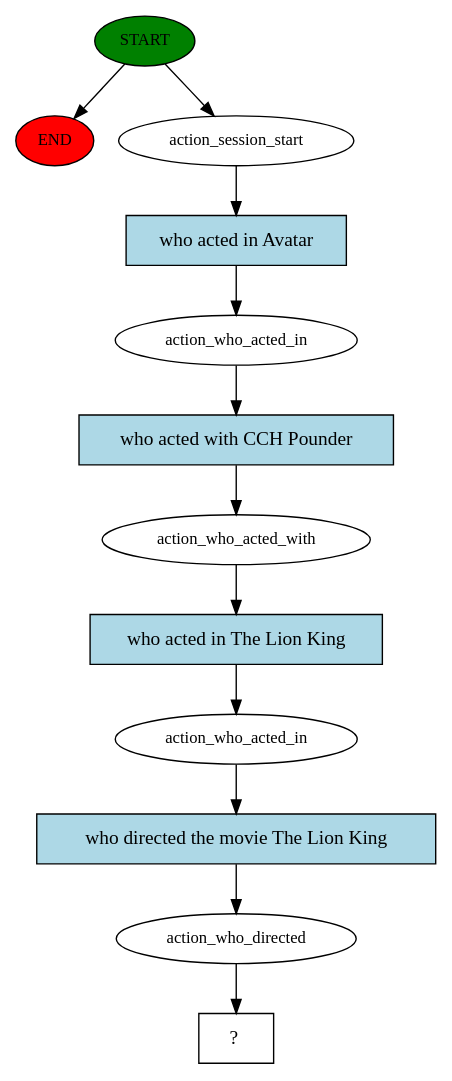
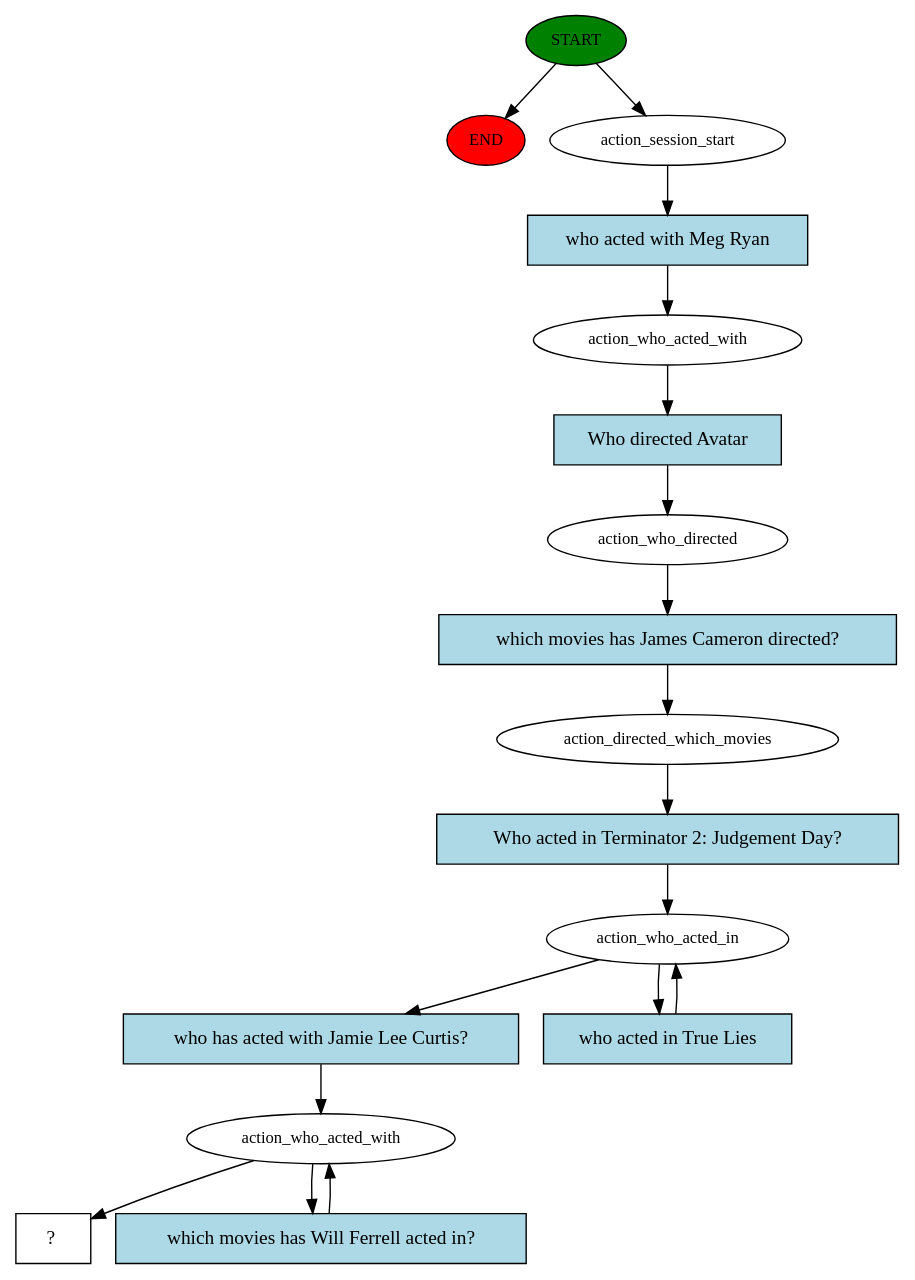
Before and after one commit to dchamb16/msds_459_chatbot: the diagram in story_graph.dot, drawn with Graphviz. The commit also changed 5 other files, not shown here.

Commit message:
directed which movies

```diff
--- a/story_graph.dot
+++ b/story_graph.dot
@@ -1,25 +1,35 @@
 digraph  {
 0 [class="start active", fillcolor=green, fontsize=12, label=START, style=filled];
 "-1" [class=end, fillcolor=red, fontsize=12, label=END, style=filled];
 1 [class=active, fontsize=12, label=action_session_start];
-2 [class=active, fontsize=12, label=action_who_acted_in];
-3 [class=active, fontsize=12, label=action_who_acted_with];
-4 [class=active, fontsize=12, label=action_who_acted_in];
-5 [class=active, fontsize=12, label=action_who_directed];
-6 [class="intent dashed active", label="  ?  ", shape=rect];
-7 [class="intent active", fillcolor=lightblue, label="who acted in Avatar", shape=rect, style=filled];
-8 [class="intent active", fillcolor=lightblue, label="who acted with CCH Pounder", shape=rect, style=filled];
-9 [class="intent active", fillcolor=lightblue, label="who acted in The Lion King", shape=rect, style=filled];
-10 [class="intent active", fillcolor=lightblue, label="who directed the movie The Lion King", shape=rect, style=filled];
+2 [class=active, fontsize=12, label=action_who_acted_with];
+3 [class=active, fontsize=12, label=action_who_directed];
+4 [class=active, fontsize=12, label=action_directed_which_movies];
+5 [class=active, fontsize=12, label=action_who_acted_in];
+7 [class=active, fontsize=12, label=action_who_acted_with];
+9 [class="intent dashed active", label="  ?  ", shape=rect];
+10 [class="intent active", fillcolor=lightblue, label="who acted with Meg Ryan", shape=rect, style=filled];
+11 [class="intent active", fillcolor=lightblue, label="Who directed Avatar", shape=rect, style=filled];
+12 [class="intent active", fillcolor=lightblue, label="which movies has James Cameron directed?", shape=rect, style=filled];
+13 [class="intent active", fillcolor=lightblue, label="Who acted in Terminator 2: Judgement Day?", shape=rect, style=filled];
+14 [class="intent active", fillcolor=lightblue, label="who has acted with Jamie Lee Curtis?", shape=rect, style=filled];
+15 [class="intent active", fillcolor=lightblue, label="who acted in True Lies", shape=rect, style=filled];
+16 [class="intent active", fillcolor=lightblue, label="which movies has Will Ferrell acted in?", shape=rect, style=filled];
 0 -> "-1"  [class="", key=NONE, label=""];
 0 -> 1  [class=active, key=NONE, label=""];
-1 -> 7  [class=active, key=0];
-2 -> 8  [class=active, key=0];
-3 -> 9  [class=active, key=0];
-4 -> 10  [class=active, key=0];
-5 -> 6  [class=active, key=NONE, label=""];
-7 -> 2  [class=active, key=0];
-8 -> 3  [class=active, key=0];
-9 -> 4  [class=active, key=0];
-10 -> 5  [class=active, key=0];
+1 -> 10  [class=active, key=0];
+2 -> 11  [class=active, key=0];
+3 -> 12  [class=active, key=0];
+4 -> 13  [class=active, key=0];
+5 -> 14  [class=active, key=0];
+5 -> 15  [class=active, key=0];
+7 -> 9  [class=active, key=NONE, label=""];
+7 -> 16  [class=active, key=0];
+10 -> 2  [class=active, key=0];
+11 -> 3  [class=active, key=0];
+12 -> 4  [class=active, key=0];
+13 -> 5  [class=active, key=0];
+14 -> 7  [class=active, key=0];
+15 -> 5  [class=active, key=0];
+16 -> 7  [class=active, key=0];
 }
```
